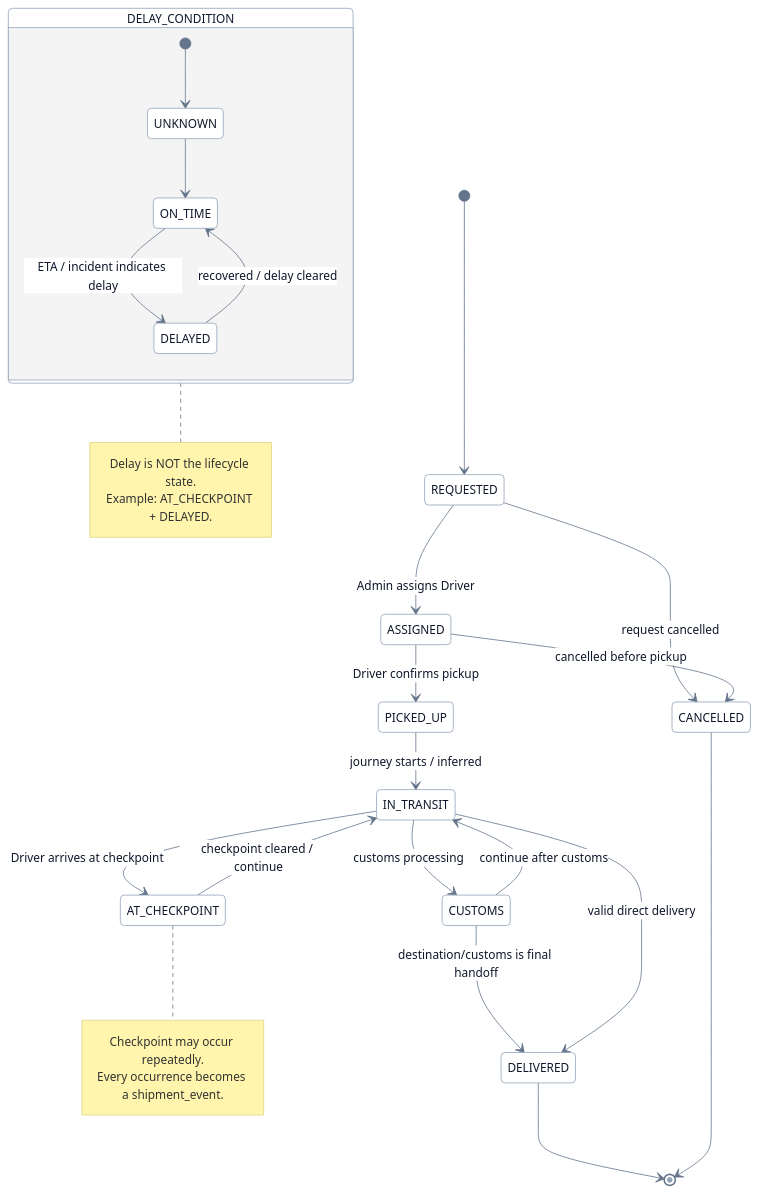
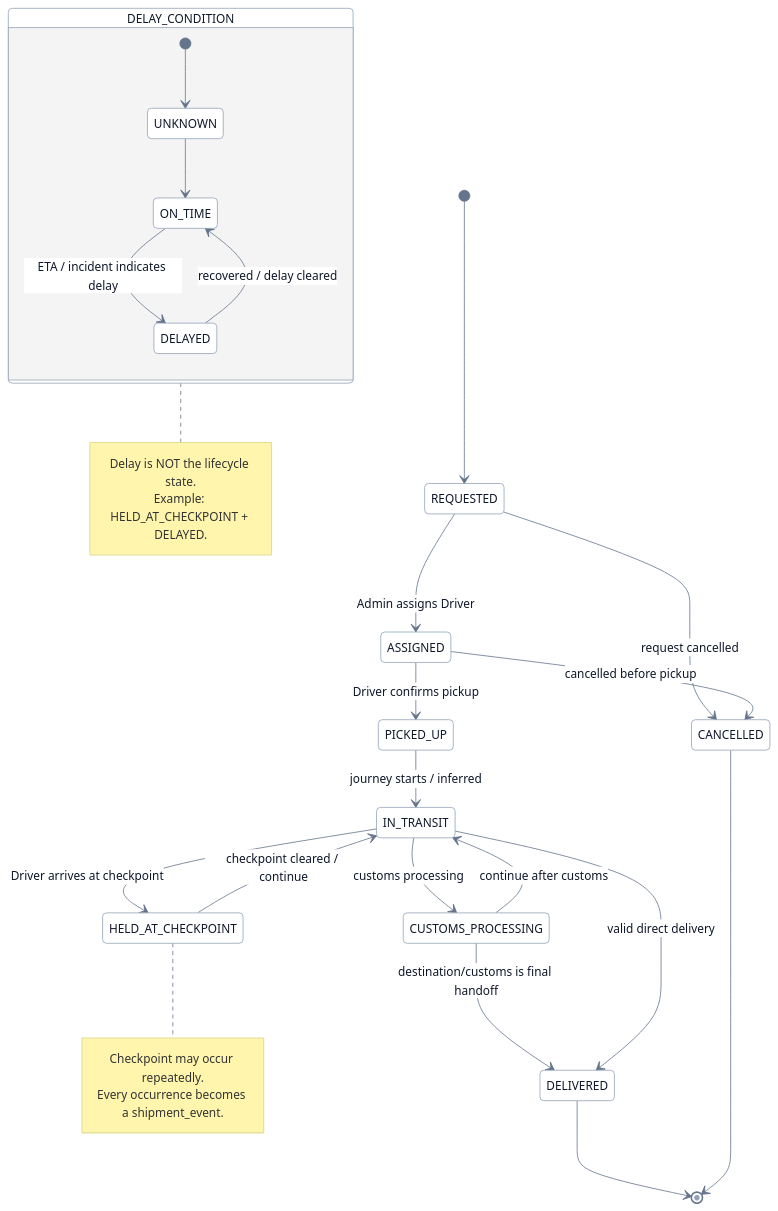
Before and after one commit to Aung-Ko-Ko-Oo/Rapid-Prototype-for-Myanmar-Logistics-Tracking-System: the diagram in doc/mermaid/13-shipment-state-machine.mmd, drawn with Mermaid. The commit also changed 49 other files, not shown here.

```diff
--- a/doc/mermaid/13-shipment-state-machine.mmd
+++ b/doc/mermaid/13-shipment-state-machine.mmd
@@ -1,33 +1,33 @@
 %%{init: {"theme":"base","themeVariables":{"fontFamily":"Inter, ui-sans-serif, system-ui, -apple-system, Segoe UI, sans-serif","fontSize":"15px","primaryTextColor":"#0f172a","lineColor":"#64748b","primaryColor":"#ffffff","primaryBorderColor":"#94a3b8","tertiaryColor":"#f8fafc"}}}%%
 stateDiagram-v2
   [*] --> REQUESTED
   REQUESTED --> ASSIGNED: Admin assigns Driver
   REQUESTED --> CANCELLED: request cancelled
   ASSIGNED --> PICKED_UP: Driver confirms pickup
   ASSIGNED --> CANCELLED: cancelled before pickup
   PICKED_UP --> IN_TRANSIT: journey starts / inferred
-  IN_TRANSIT --> AT_CHECKPOINT: Driver arrives at checkpoint
-  AT_CHECKPOINT --> IN_TRANSIT: checkpoint cleared / continue
-  IN_TRANSIT --> CUSTOMS: customs processing
-  CUSTOMS --> IN_TRANSIT: continue after customs
-  CUSTOMS --> DELIVERED: destination/customs is final handoff
+  IN_TRANSIT --> HELD_AT_CHECKPOINT: Driver arrives at checkpoint
+  HELD_AT_CHECKPOINT --> IN_TRANSIT: checkpoint cleared / continue
+  IN_TRANSIT --> CUSTOMS_PROCESSING: customs processing
+  CUSTOMS_PROCESSING --> IN_TRANSIT: continue after customs
+  CUSTOMS_PROCESSING --> DELIVERED: destination/customs is final handoff
   IN_TRANSIT --> DELIVERED: valid direct delivery
   DELIVERED --> [*]
   CANCELLED --> [*]
 
   state DELAY_CONDITION {
     [*] --> UNKNOWN
     UNKNOWN --> ON_TIME
     ON_TIME --> DELAYED: ETA / incident indicates delay
     DELAYED --> ON_TIME: recovered / delay cleared
   }
 
-  note right of AT_CHECKPOINT
+  note right of HELD_AT_CHECKPOINT
     Checkpoint may occur repeatedly.
     Every occurrence becomes a shipment_event.
   end note
 
   note right of DELAY_CONDITION
     Delay is NOT the lifecycle state.
-    Example: AT_CHECKPOINT + DELAYED.
+    Example: HELD_AT_CHECKPOINT + DELAYED.
   end note
```
